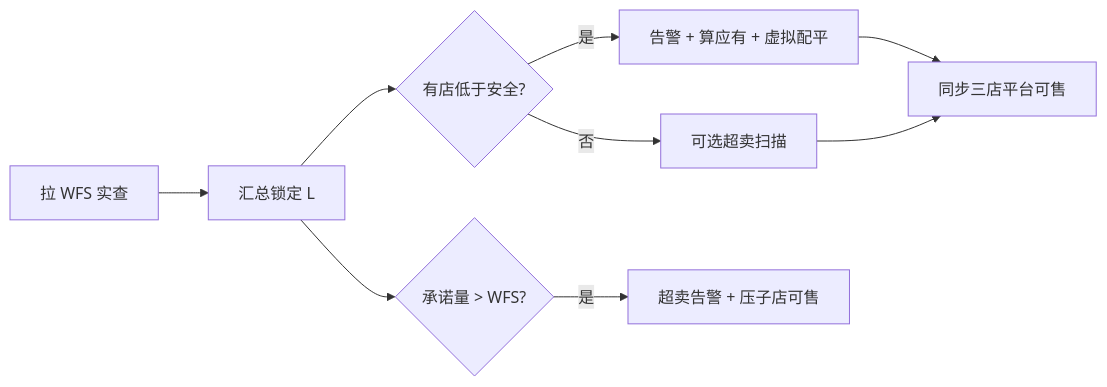
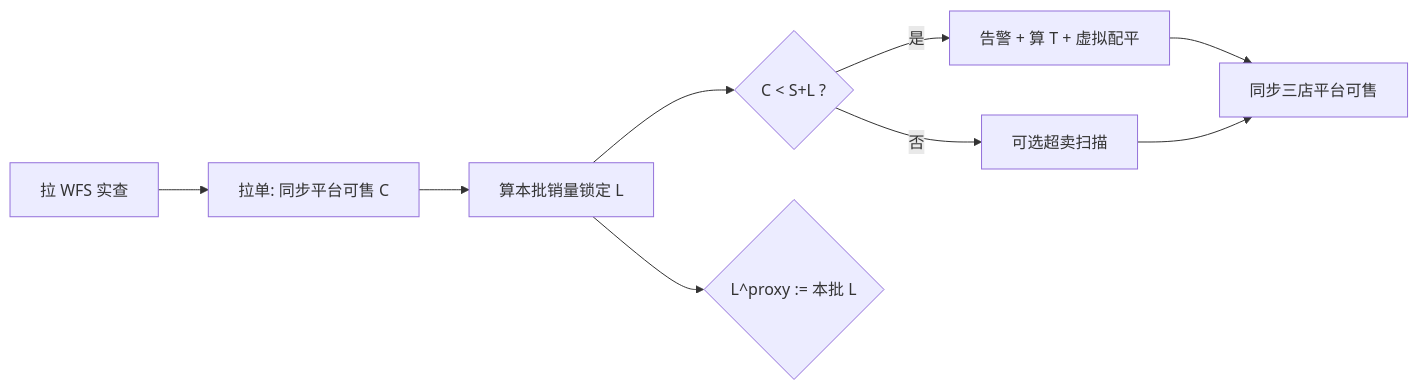
The diagram in 文件夹/需求/商超3p需求/原型/WFS共享库存与自动借货-方案-v2.md (18501404120/cursor), drawn with Mermaid before and after one commit. The commit also changed other lines of this file and 4 other files, not shown here.

````diff
--- a/文件夹/需求/商超3p需求/原型/WFS共享库存与自动借货-方案-v2.md
+++ b/文件夹/需求/商超3p需求/原型/WFS共享库存与自动借货-方案-v2.md
@@ -143,11 +136,11 @@
 ```mermaid
 flowchart LR
-  A[拉 WFS 实查] --> B[汇总锁定 L]
-  B --> C{有店低于安全?}
-  C -->|是| D[告警 + 算应有 + 虚拟配平]
-  C -->|否| E[可选超卖扫描]
-  D --> F[同步三店平台可售]
-  E --> F
-  B --> G{承诺量 > WFS?}
-  G -->|是| H[超卖告警 + 压子店可售]
+  A[拉 WFS 实查] --> B[拉单: 同步平台可售 C]
+  B --> C[算本批销量锁定 L]
+  C --> D{C < S+L ?}
+  D -->|是| E[告警 + 算 T + 虚拟配平]
+  D -->|否| F[可选超卖扫描]
+  E --> G[同步三店平台可售]
+  F --> G
+  C --> H{L^proxy := 本批 L}
 ```
````
